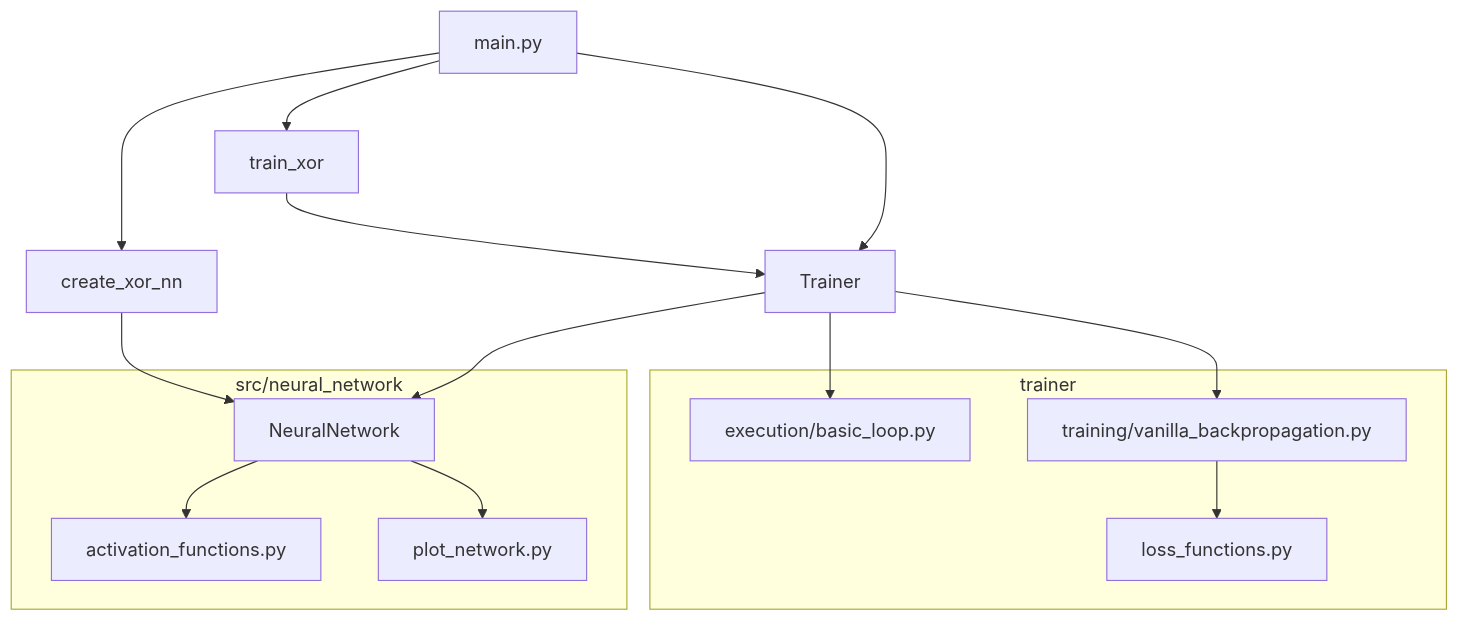
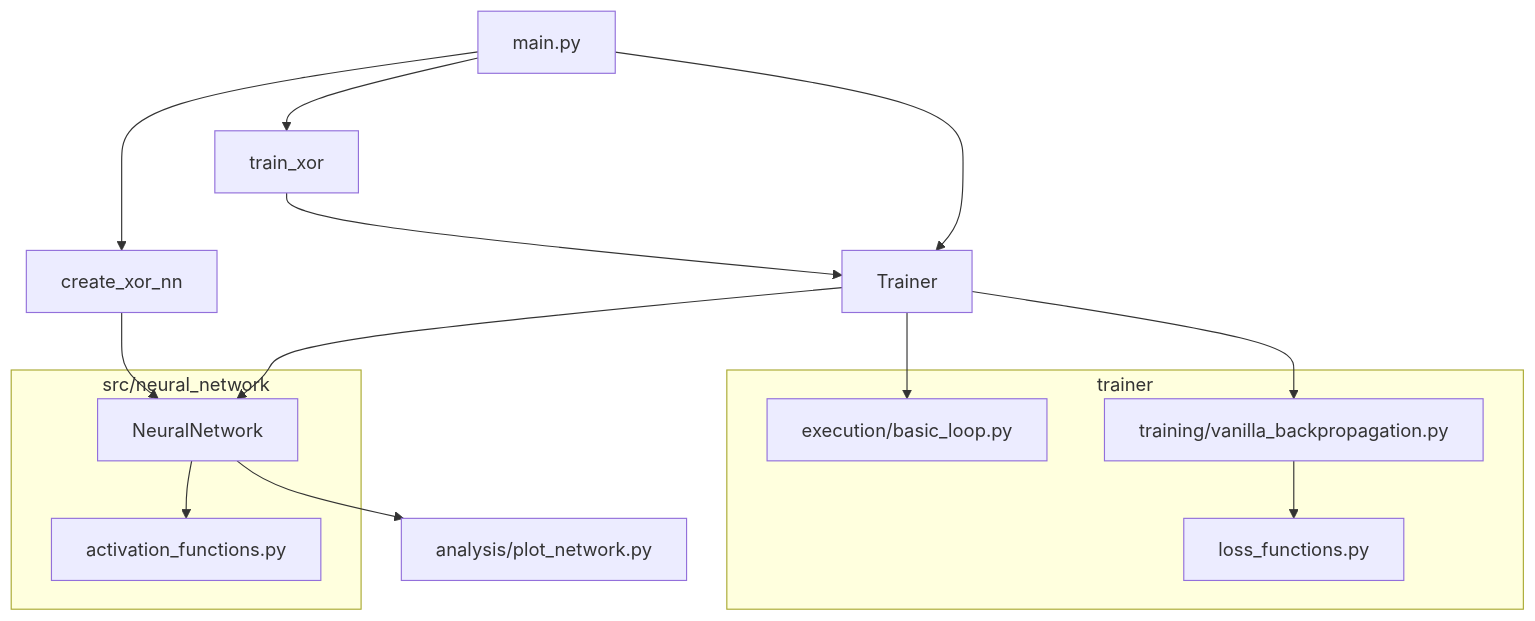
The diagram in docs/ARCHITECTURE.md (rcalabro/activity1-xor-prediction), drawn with Mermaid before and after one commit. The commit also changed other lines of this file and 3 other files, not shown here.

Commit message:
docs: update docs regarding -> move plot_network.py to a new folder analysis

````diff
--- a/docs/ARCHITECTURE.md
+++ b/docs/ARCHITECTURE.md
@@ -8,29 +8,29 @@
 ```mermaid
 graph TD
     A[main.py] --> B[create_xor_nn]
     A --> C[train_xor]
     A --> D[Trainer]
 
     B --> E[NeuralNetwork]
     C --> D
 
     D --> E
     D --> F[Execution Strategy]
     D --> G[Training Strategy]
 
     subgraph src/neural_network
         E[NeuralNetwork]
         H[activation_functions.py]
-        I[plot_network.py]
     end
+     I[analysis/plot_network.py]
 
     subgraph trainer
         F[execution/basic_loop.py]
         G[training/vanilla_backpropagation.py]
         J[loss_functions.py]
     end
 
     E --> H
     E --> I
     G --> J
 ```
````
